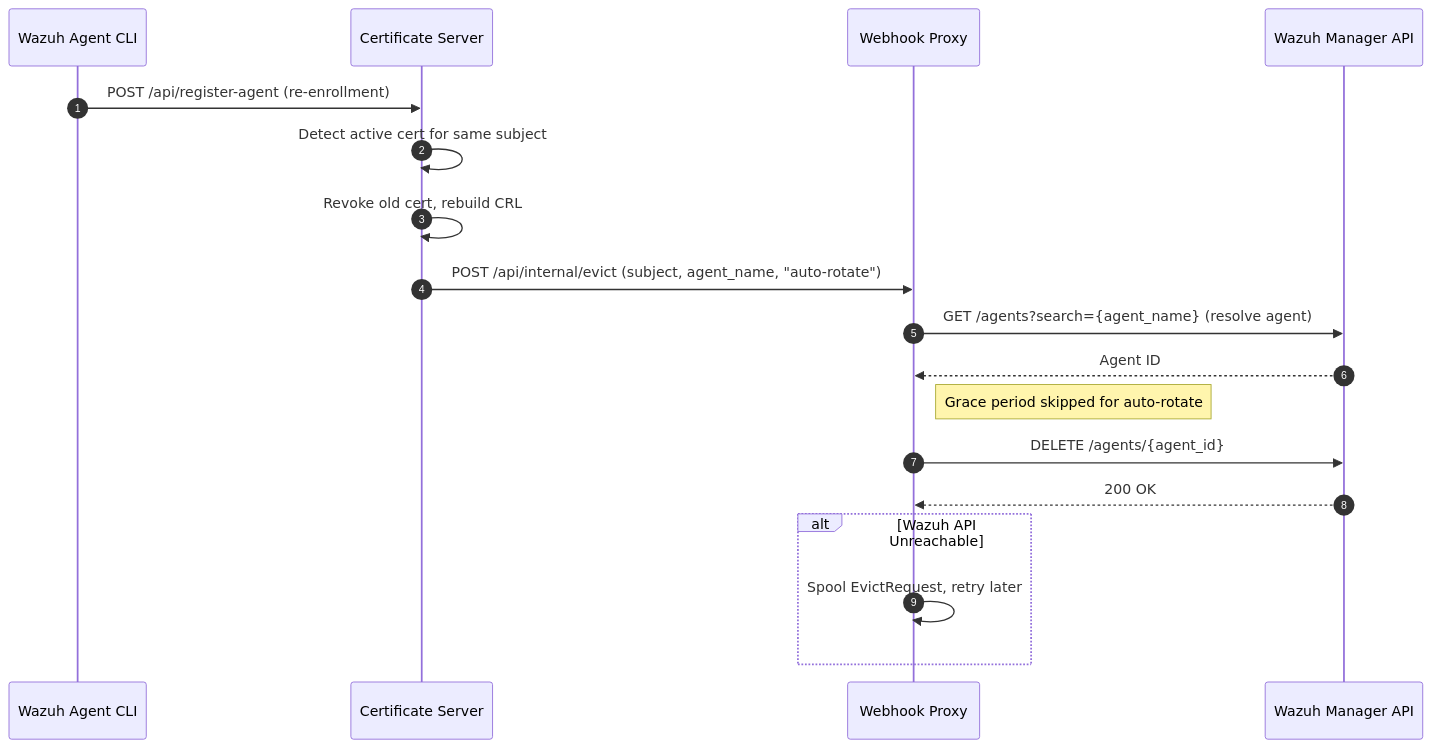
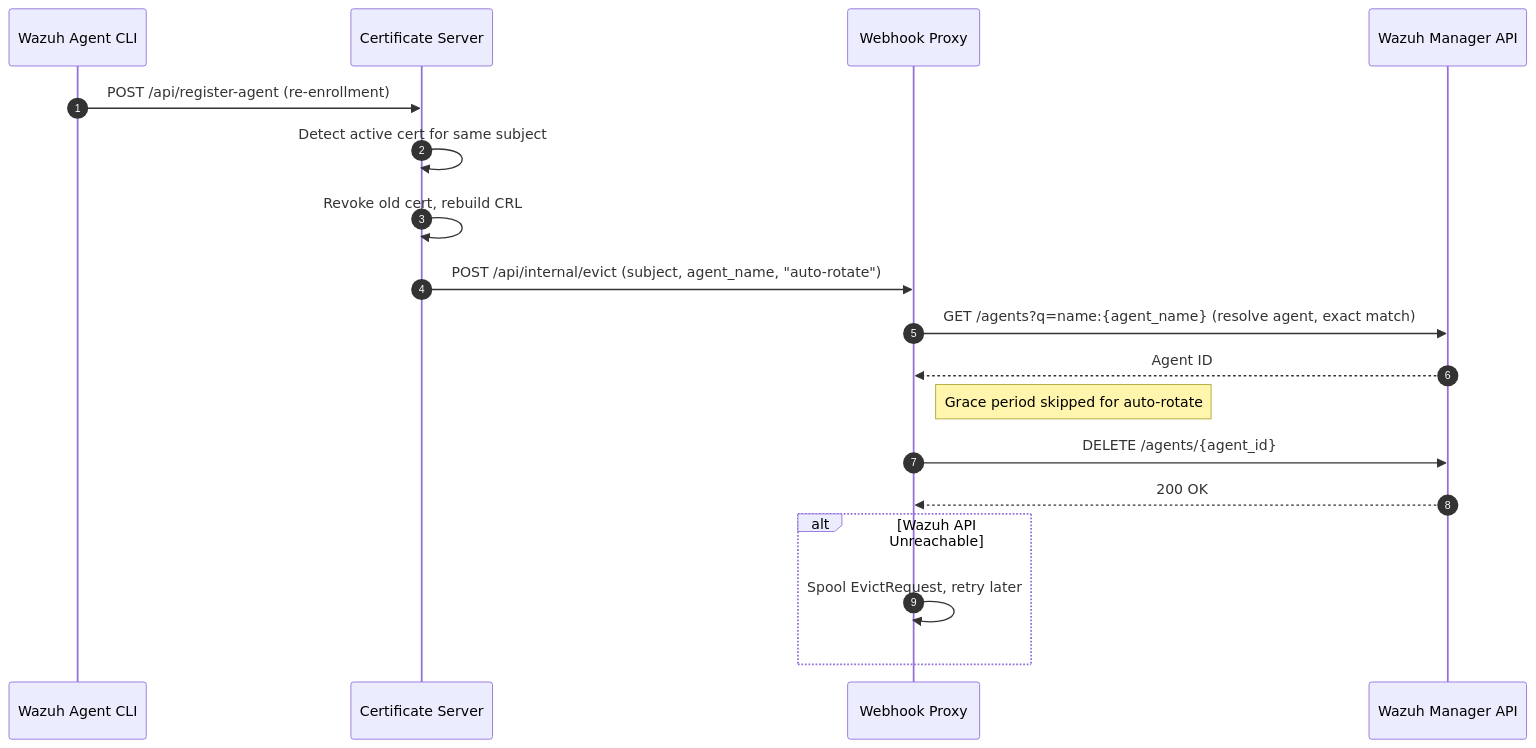
Before and after one commit to ADORSYS-GIS/wazuh-cert-oauth2: the fifth of 5 diagrams in docs/architecture.md, drawn with Mermaid. The commit also changed other lines of this file and 2 other files, not shown here.

Commit message:
docs: update README and architecture to clarify eviction logic and API interactions

````diff
--- a/docs/architecture.md
+++ b/docs/architecture.md
@@ -164,24 +166,24 @@
 ```mermaid
 sequenceDiagram
     autonumber
 
     participant Agent as Wazuh Agent CLI
     participant Server as Certificate Server
     participant Webhook as Webhook Proxy
     participant Wazuh as Wazuh Manager API
 
     Agent->>Server: POST /api/register-agent (re-enrollment)
     Server->>Server: Detect active cert for same subject
     Server->>Server: Revoke old cert, rebuild CRL
     Server->>Webhook: POST /api/internal/evict (subject, agent_name, "auto-rotate")
 
-    Webhook->>Wazuh: GET /agents?search={agent_name} (resolve agent)
+    Webhook->>Wazuh: GET /agents?q=name:{agent_name} (resolve agent, exact match)
     Wazuh-->>Webhook: Agent ID
     Note right of Webhook: Grace period skipped for auto-rotate
     Webhook->>Wazuh: DELETE /agents/{agent_id}
     Wazuh-->>Webhook: 200 OK
 
     alt Wazuh API Unreachable
         Webhook->>Webhook: Spool EvictRequest, retry later
     end
 ```
````
